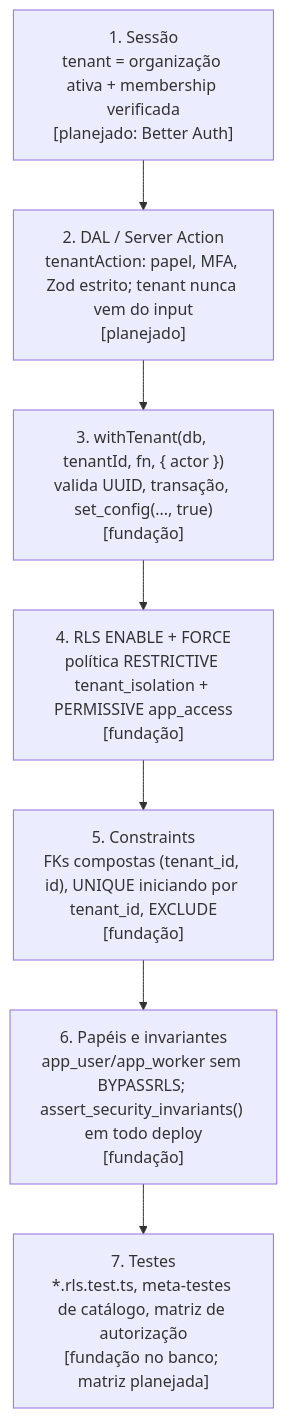
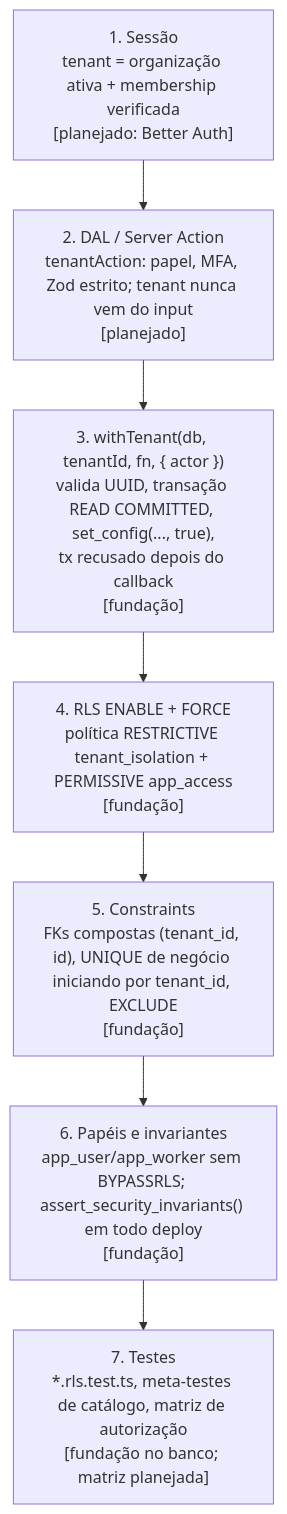
One commit to lucasvianaemp40-byte/databricks changed the fifth of 5 diagrams in docs/arquitetura.md. Above: the diagram before and after it, drawn with Mermaid. The commit also changed other lines of this file and 182 other files, not shown here.

````diff
--- a/docs/arquitetura.md
+++ b/docs/arquitetura.md
@@ -200,11 +207,11 @@
 ```mermaid
 flowchart TB
   s["1. Sessão<br/>tenant = organização ativa + membership verificada<br/>[planejado: Better Auth]"]
   d["2. DAL / Server Action<br/>tenantAction: papel, MFA, Zod estrito; tenant nunca vem do input<br/>[planejado]"]
-  w["3. withTenant(db, tenantId, fn, { actor })<br/>valida UUID, transação, set_config(..., true)<br/>[fundação]"]
+  w["3. withTenant(db, tenantId, fn, { actor })<br/>valida UUID, transação READ COMMITTED, set_config(..., true),<br/>tx recusado depois do callback<br/>[fundação]"]
   r["4. RLS ENABLE + FORCE<br/>política RESTRICTIVE tenant_isolation + PERMISSIVE app_access<br/>[fundação]"]
-  k["5. Constraints<br/>FKs compostas (tenant_id, id), UNIQUE iniciando por tenant_id, EXCLUDE<br/>[fundação]"]
+  k["5. Constraints<br/>FKs compostas (tenant_id, id), UNIQUE de negócio iniciando por tenant_id, EXCLUDE<br/>[fundação]"]
   p["6. Papéis e invariantes<br/>app_user/app_worker sem BYPASSRLS; assert_security_invariants() em todo deploy<br/>[fundação]"]
   t["7. Testes<br/>*.rls.test.ts, meta-testes de catálogo, matriz de autorização<br/>[fundação no banco; matriz planejada]"]
   s --> d --> w --> r --> k --> p --> t
 ```
````
